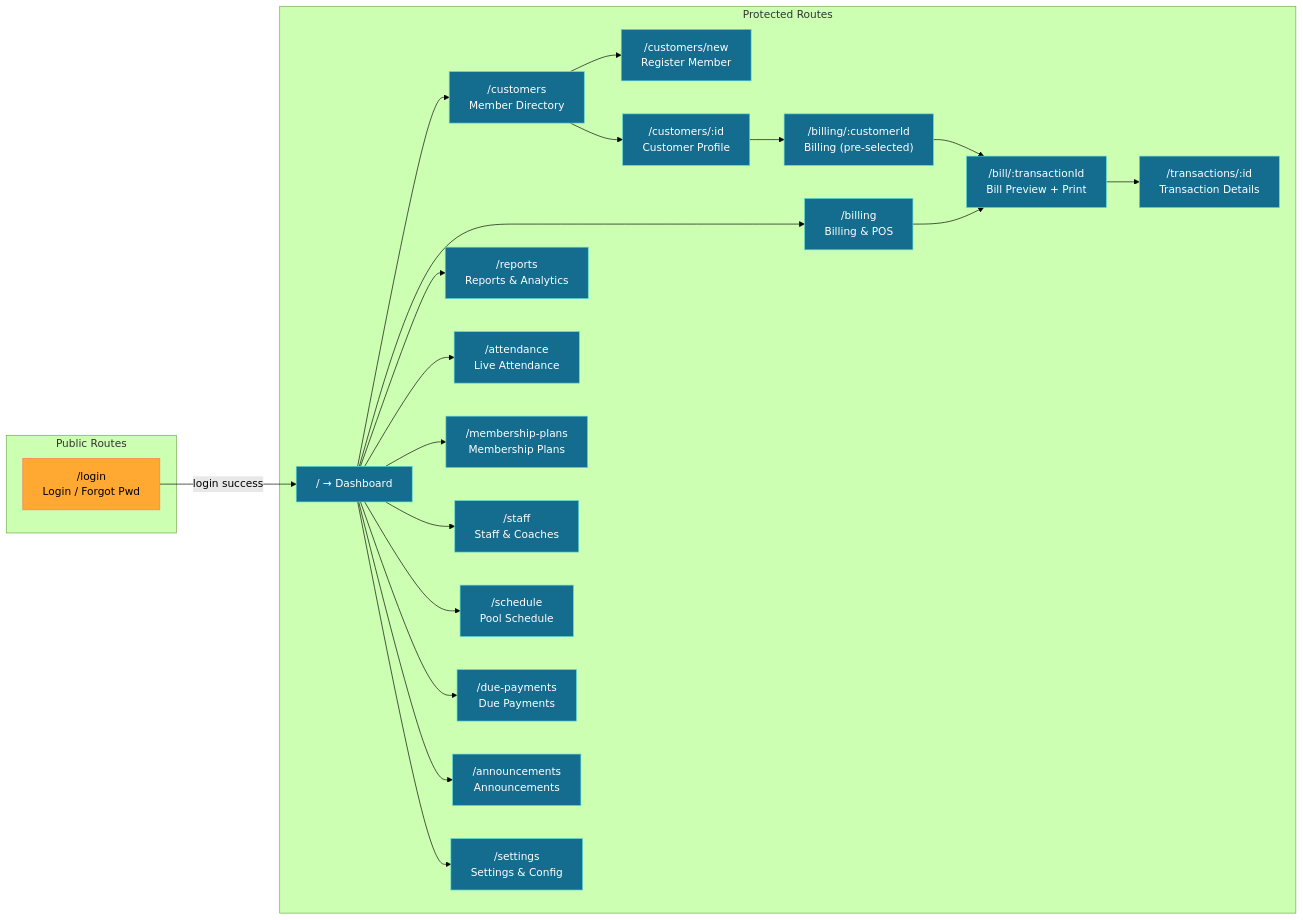
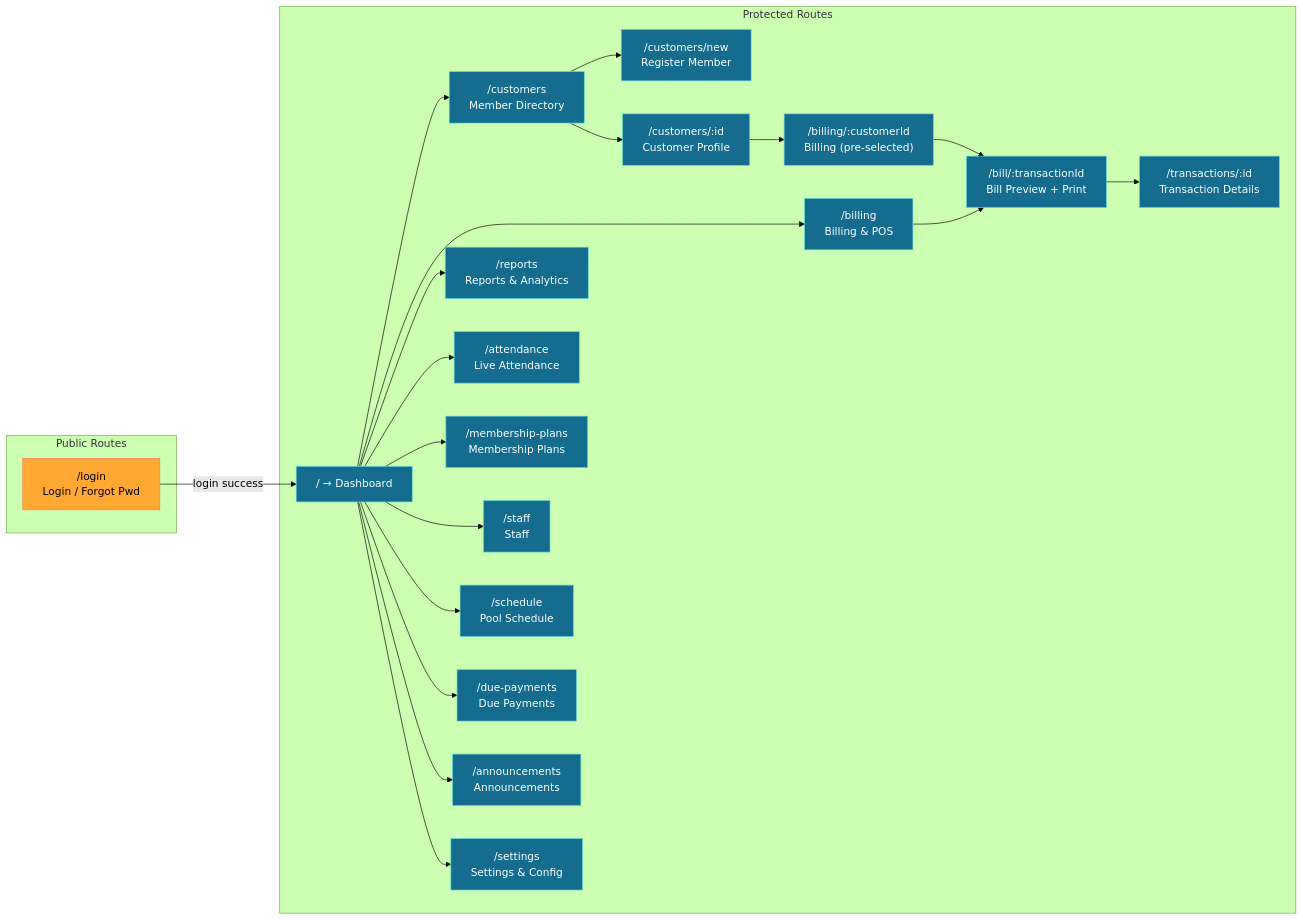
The seventh of 9 diagrams in PROJECT_FLOW.md (Santosh226196/blue-paradise-webapp), drawn with Mermaid (forest theme) before and after one commit. The commit also changed other lines of this file and 35 other files, not shown here.

````diff
--- a/PROJECT_FLOW.md
+++ b/PROJECT_FLOW.md
@@ -822,48 +809,48 @@
 ```mermaid
 graph LR
     subgraph Public["Public Routes"]
         Login["/login<br/>Login / Forgot Pwd"]
     end
 
     subgraph Protected["Protected Routes"]
         Dashboard["/  → Dashboard"]
         Customers["/customers<br/>Member Directory"]
         AddCustomer["/customers/new<br/>Register Member"]
         Profile["/customers/:id<br/>Customer Profile"]
         Billing["/billing<br/>Billing & POS"]
         BillingPre["/billing/:customerId<br/>Billing (pre-selected)"]
         BillPreview["/bill/:transactionId<br/>Bill Preview + Print"]
         Reports["/reports<br/>Reports & Analytics"]
         Transaction["/transactions/:id<br/>Transaction Details"]
         Attendance["/attendance<br/>Live Attendance"]
-        Staff["/staff<br/>Staff & Coaches"]
+        Staff["/staff<br/>Staff"]
         Plans["/membership-plans<br/>Membership Plans"]
         Schedule["/schedule<br/>Pool Schedule"]
         DuePay["/due-payments<br/>Due Payments"]
         Announce["/announcements<br/>Announcements"]
         Settings["/settings<br/>Settings & Config"]
     end
 
     Login -->|"login success"| Dashboard
     Dashboard --> Customers
     Dashboard --> Billing
     Dashboard --> Reports
     Customers --> AddCustomer
     Customers --> Profile
     Profile --> BillingPre
     Billing --> BillPreview
     BillingPre --> BillPreview
     BillPreview --> Transaction
     Dashboard --> Attendance
     Dashboard --> Plans
     Dashboard --> Staff
     Dashboard --> Schedule
     Dashboard --> DuePay
     Dashboard --> Announce
     Dashboard --> Settings
 
     classDef public fill:#FFA832,stroke:#FF7A59,color:#000
     classDef protected fill:#146C8E,stroke:#5FD9D6,color:#fff
     class Login public
     class Dashboard,Customers,AddCustomer,Profile,Billing,BillingPre,BillPreview,Reports,Transaction,Attendance,Staff,Plans,Schedule,DuePay,Announce,Settings protected
 ```
````
